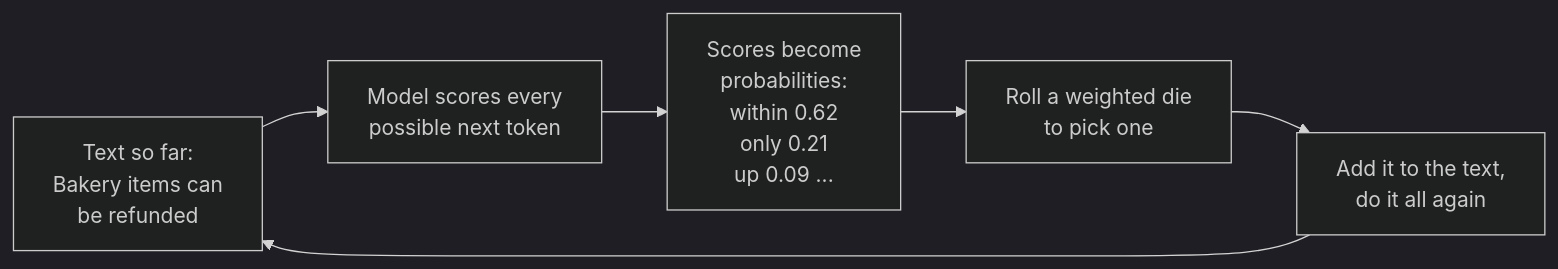
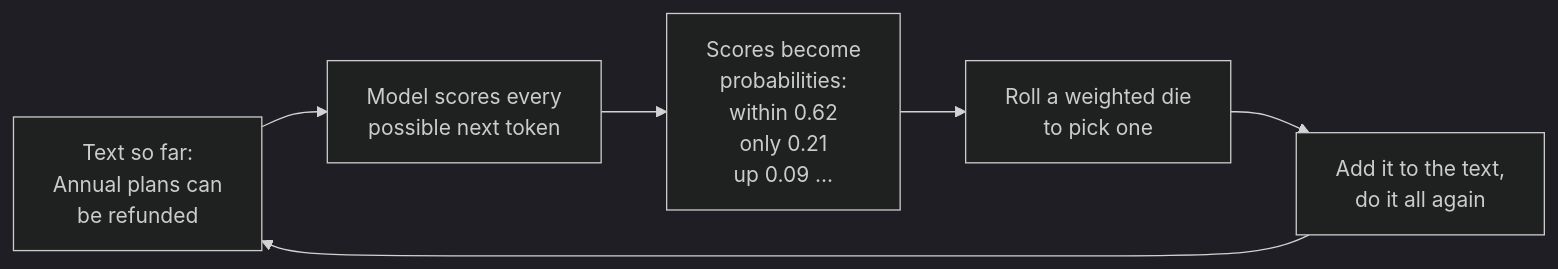
The third of 8 diagrams in src/Data/aiStackDocs/CH-01.md (shubamchaudhary/CodeNITW), drawn with Mermaid (dark theme) before and after one commit. The commit also changed other lines of this file and 32 other files, not shown here.

````diff
--- a/src/Data/aiStackDocs/CH-01.md
+++ b/src/Data/aiStackDocs/CH-01.md
@@ -80,8 +80,8 @@
 ```mermaid
 flowchart LR
-    P["Text so far:<br/>Bakery items can<br/>be refunded"] --> M["Model scores every<br/>possible next token"]
+    P["Text so far:<br/>Annual plans can<br/>be refunded"] --> M["Model scores every<br/>possible next token"]
     M --> D["Scores become<br/>probabilities:<br/>within 0.62<br/>only 0.21<br/>up 0.09 ..."]
     D --> S["Roll a weighted die<br/>to pick one"]
     S --> N["Add it to the text,<br/>do it all again"]
     N --> P
 ```
````
